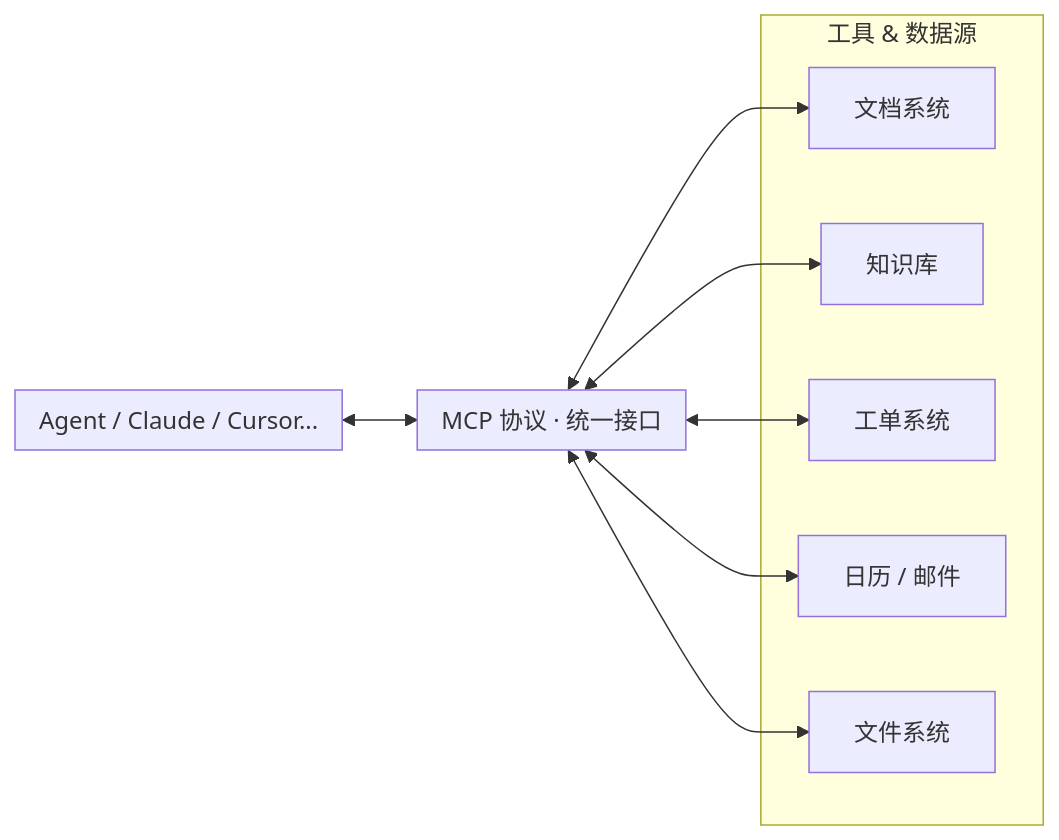
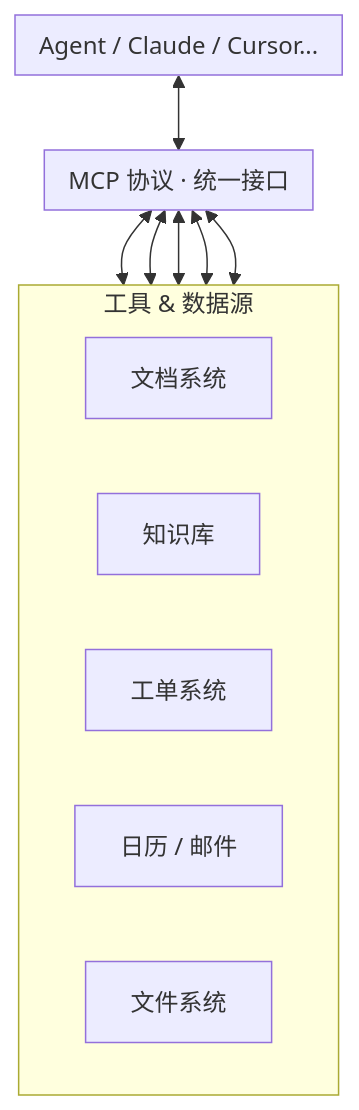
The fourth of 5 diagrams in slides.md (rangerqu/intro-agentic-ai), drawn with Mermaid before and after one commit. The commit also changed other lines of this file and 2 other files, not shown here.

````diff
--- a/slides.md
+++ b/slides.md
@@ -1914,20 +1412,21 @@
 ```mermaid {scale: 0.68}
-flowchart LR
+flowchart TB
   subgraph AGT[Agent / Claude / Cursor...]
   end
   subgraph MCP[MCP 协议 · 统一接口]
   end
   subgraph TOOLS[工具 & 数据源]
+    direction LR
     T1[文档系统]
     T2[知识库]
     T3[工单系统]
     T4[日历 / 邮件]
     T5[文件系统]
   end
   AGT <--> MCP
   MCP <--> T1
   MCP <--> T2
   MCP <--> T3
   MCP <--> T4
   MCP <--> T5
 ```
````
